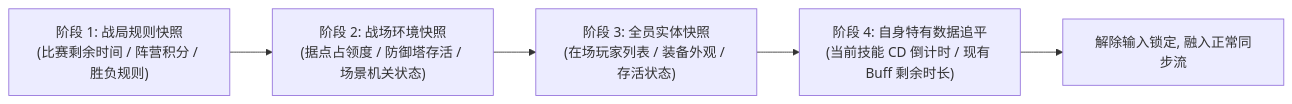
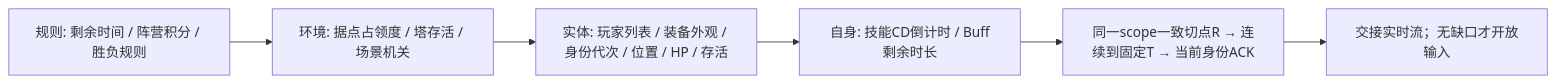
Before and after one commit to fantuan812/learning: the second of 3 diagrams in 知识/07-网络与游戏服务端/会话身份与在线服务/03-DS会话注册与重连实现.md, drawn with Mermaid. The commit also changed other lines of this file and 18 other files, not shown here.

````diff
--- a/知识/07-网络与游戏服务端/会话身份与在线服务/03-DS会话注册与重连实现.md
+++ b/知识/07-网络与游戏服务端/会话身份与在线服务/03-DS会话注册与重连实现.md
@@ -212,7 +214,8 @@
 ```mermaid
 flowchart LR
-    P1["阶段 1: 战局规则快照<br/>(比赛剩余时间 / 阵营积分 / 胜负规则)"] --> P2["阶段 2: 战场环境快照<br/>(据点占领度 / 防御塔存活 / 场景机关状态)"]
-    P2 --> P3["阶段 3: 全员实体快照<br/>(在场玩家列表 / 装备外观 / 存活状态)"]
-    P3 --> P4["阶段 4: 自身特有数据追平<br/>(当前技能 CD 倒计时 / 现有 Buff 剩余时长)"]
-    P4 --> Complete["解除输入锁定, 融入正常同步流"]
+    P1["规则: 剩余时间 / 阵营积分 / 胜负规则"] --> P2["环境: 据点占领度 / 塔存活 / 场景机关"]
+    P2 --> P3["实体: 玩家列表 / 装备外观 / 身份代次 / 位置 / HP / 存活"]
+    P3 --> P4["自身: 技能CD倒计时 / Buff剩余时长"]
+    P4 --> Gate["同一scope一致切点R → 连续到固定T → 当前身份ACK"]
+    Gate --> Complete["交接实时流；无缺口才开放输入"]
 ```
````
